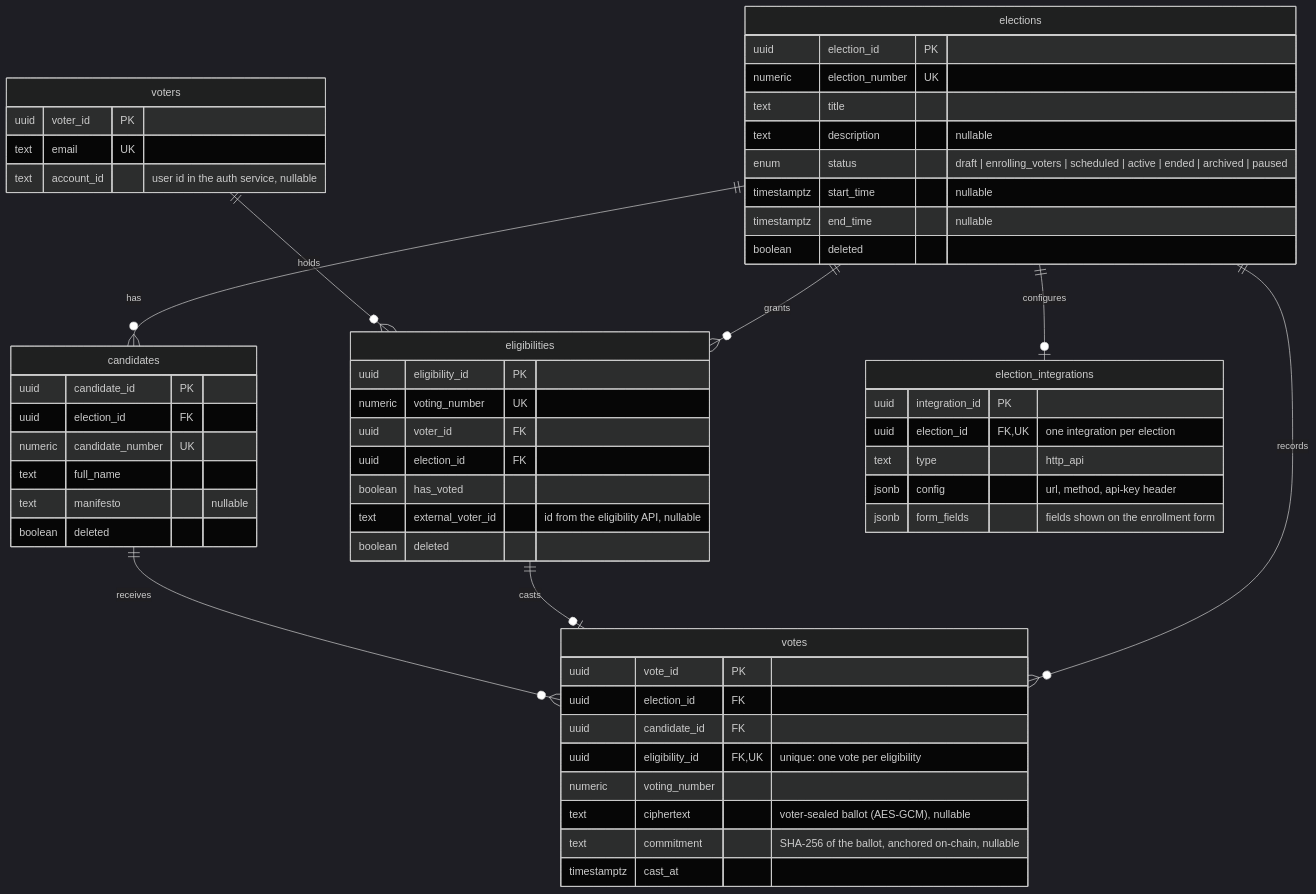
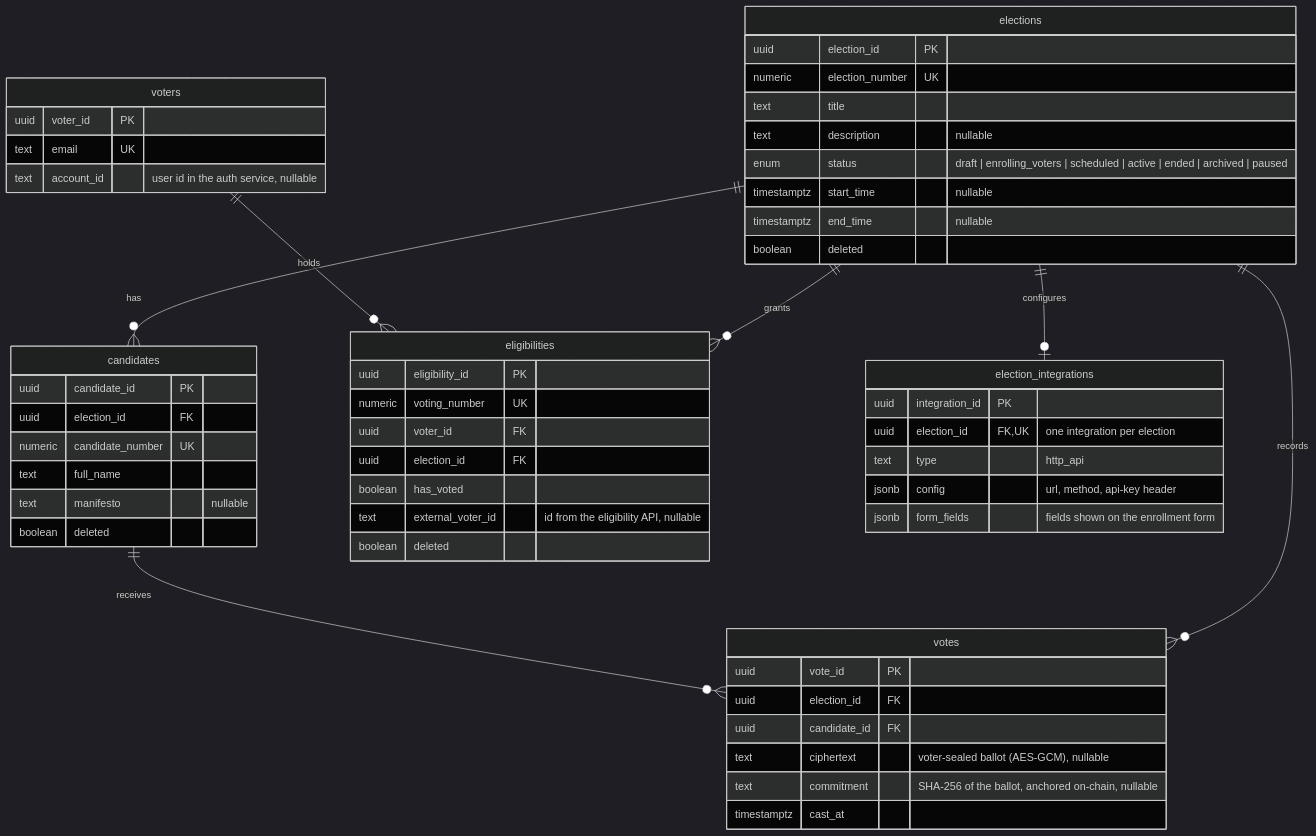
Before and after one commit to irumvanselme/ToraChain: the first of 2 diagrams in docs/erd.md, drawn with Mermaid (dark theme). The commit also changed other lines of this file and 21 other files, not shown here.

Commit message:
anonymize votes by removing links to voters in the database and updating related schemas

````diff
--- a/docs/erd.md
+++ b/docs/erd.md
@@ -21,60 +21,57 @@
 ```mermaid
 erDiagram
     elections ||--o{ candidates : has
     elections ||--o{ eligibilities : grants
     elections ||--o| election_integrations : configures
     elections ||--o{ votes : records
     voters ||--o{ eligibilities : holds
-    eligibilities ||--o| votes : casts
     candidates ||--o{ votes : receives
 
     elections {
         uuid election_id PK
         numeric election_number UK
         text title
         text description "nullable"
         enum status "draft | enrolling_voters | scheduled | active | ended | archived | paused"
         timestamptz start_time "nullable"
         timestamptz end_time "nullable"
         boolean deleted
     }
     candidates {
         uuid candidate_id PK
         uuid election_id FK
         numeric candidate_number UK
         text full_name
         text manifesto "nullable"
         boolean deleted
     }
     voters {
         uuid voter_id PK
         text email UK
         text account_id "user id in the auth service, nullable"
     }
     eligibilities {
         uuid eligibility_id PK
         numeric voting_number UK
         uuid voter_id FK
         uuid election_id FK
         boolean has_voted
         text external_voter_id "id from the eligibility API, nullable"
         boolean deleted
     }
     votes {
         uuid vote_id PK
         uuid election_id FK
         uuid candidate_id FK
-        uuid eligibility_id FK, UK "unique: one vote per eligibility"
-        numeric voting_number
         text ciphertext "voter-sealed ballot (AES-GCM), nullable"
         text commitment "SHA-256 of the ballot, anchored on-chain, nullable"
         timestamptz cast_at
     }
     election_integrations {
         uuid integration_id PK
         uuid election_id FK, UK "one integration per election"
         text type "http_api"
         jsonb config "url, method, api-key header"
         jsonb form_fields "fields shown on the enrollment form"
     }
 ```
````
